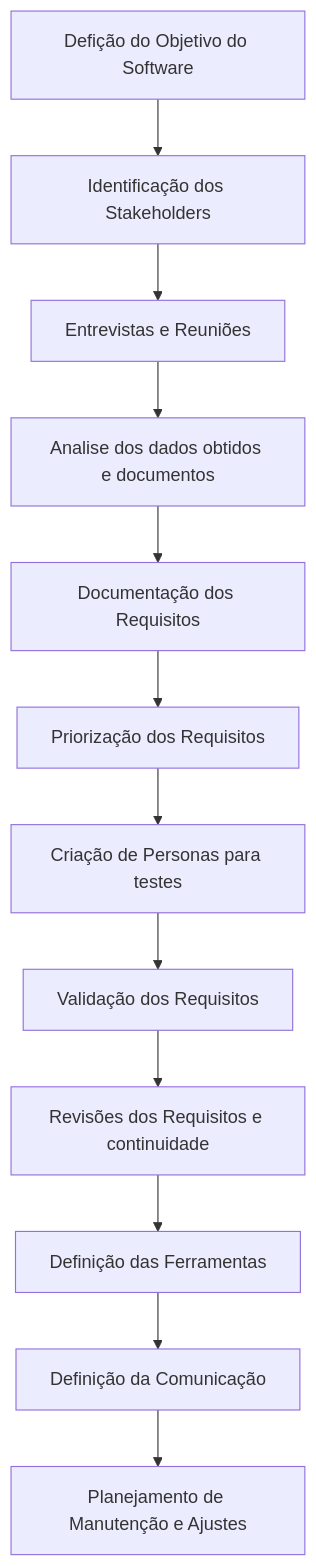
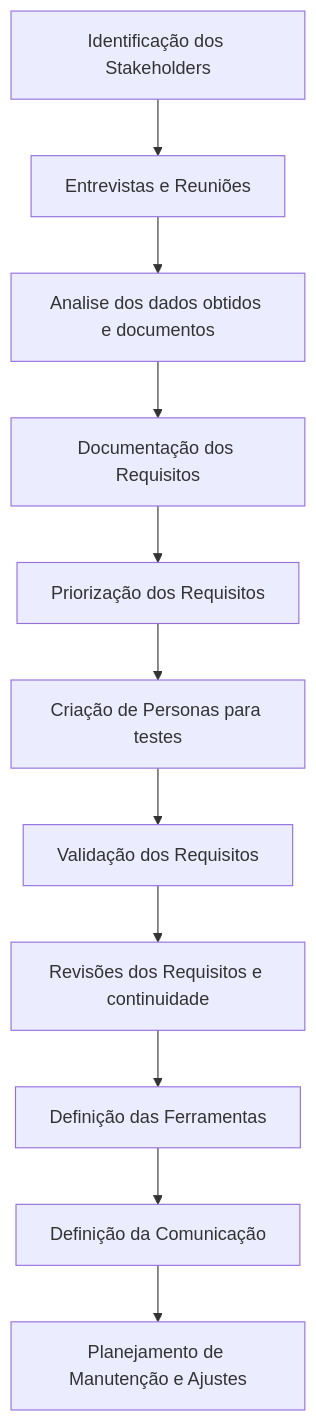
The second of 2 diagrams in README.md (lilithmorgan/development-pattern), drawn with Mermaid before and after one commit.

Commit message:
Removido o passo de ideação na analise de requisitos, pois já está na primeira parte do projeto

````diff
--- a/README.md
+++ b/README.md
@@ -48,14 +48,14 @@
 ```mermaid
 graph TD
-    A[Defição do Objetivo do Software] --> B[Identificação dos Stakeholders]
+    B[Identificação dos Stakeholders]
     B --> C[Entrevistas e Reuniões]
     C --> D[Analise dos dados obtidos e documentos]
     D --> E[Documentação dos Requisitos]
     E --> F[Priorização dos Requisitos]
     F --> G[Criação de Personas para testes]
     G --> H[Validação dos Requisitos]
     H --> I[Revisões dos Requisitos e continuidade]
     I --> J[Definição das Ferramentas]
     J --> K[Definição da Comunicação]
     K --> L[Planejamento de Manutenção e Ajustes]
 ```
````
